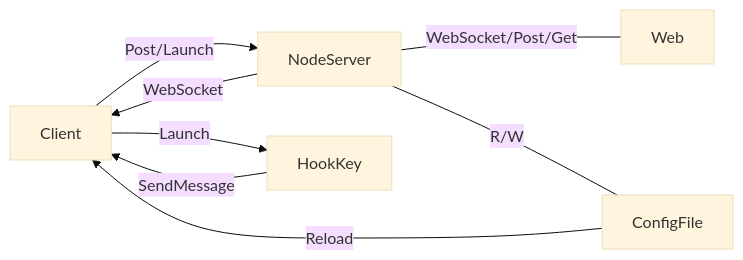
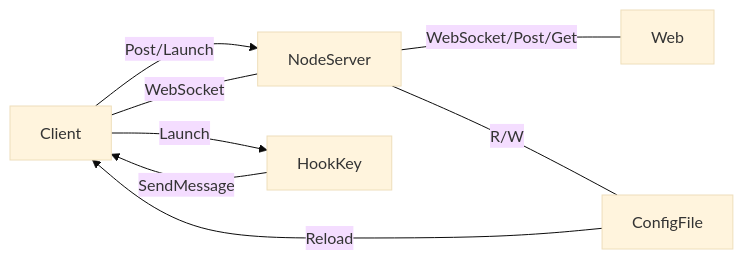
Before and after one commit to pattazl/showKeyBoard: the diagram in README_CN.md, drawn with Mermaid (base theme). The commit also changed 12 other files, not shown here.

````diff
--- a/README_CN.md
+++ b/README_CN.md
@@ -99,9 +99,10 @@
 ```mermaid
 graph LR
 Client -->|Post/Launch|NodeServer ---|WebSocket/Post/Get|Web
-NodeServer -->|WebSocket|Client
+NodeServer ---|WebSocket|Client
 NodeServer ---|R/W|ConfigFile
 ConfigFile -->|Reload|Client
 HookKey -->|SendMessage|Client
 Client -->|Launch|HookKey
+
 ```
````
